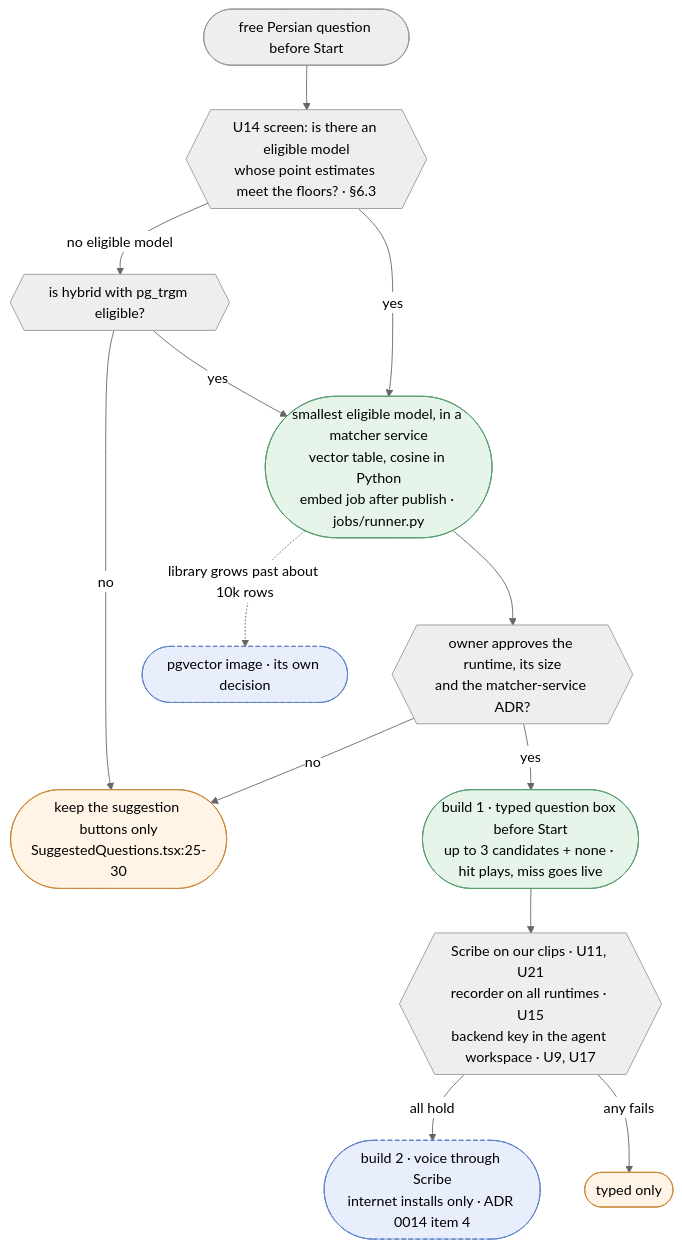
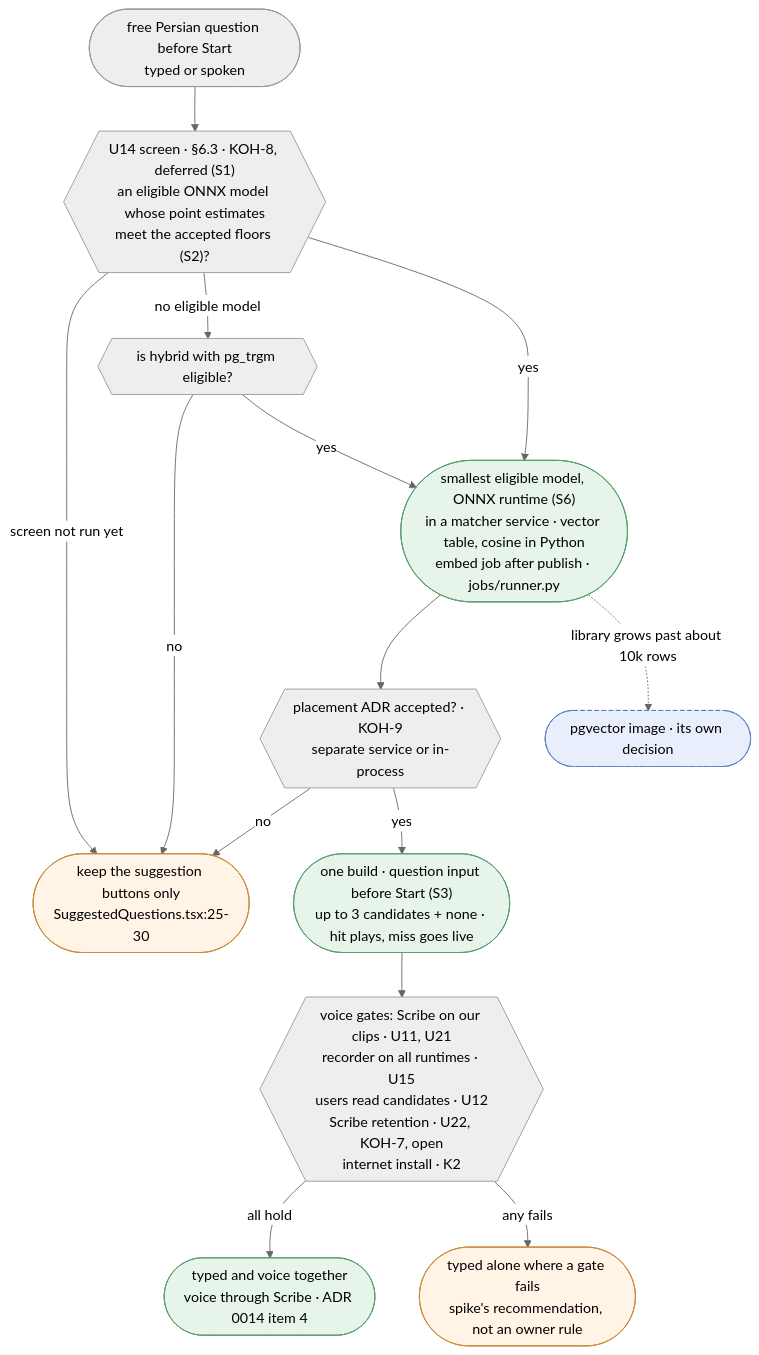
One commit to Kohandezh/kohandezh-live-avatar changed the diagram in docs/features/answer-matcher/RESEARCH.md. Above: the diagram before and after it, drawn with Mermaid (neutral theme). The commit also changed other lines of this file and 1 other file, not shown here.

First line of the commit message:
docs(answer-matcher): record the owner answers of 2026-11-05

````diff
--- a/docs/features/answer-matcher/RESEARCH.md
+++ b/docs/features/answer-matcher/RESEARCH.md
@@ -379,20 +417,21 @@
 ```mermaid
 flowchart TB
-    Q(["free Persian question before Start"])
-    Q --> X{{"U14 screen: is there an eligible model<br/>whose point estimates meet the floors? · §6.3"}}
+    Q(["free Persian question before Start<br/>typed or spoken"])
+    Q --> X{{"U14 screen · §6.3 · KOH-8, deferred (S1)<br/>an eligible ONNX model whose point estimates<br/>meet the accepted floors (S2)?"}}
+    X -->|"screen not run yet"| STAY(["keep the suggestion buttons only<br/>SuggestedQuestions.tsx:25-30"]):::forced
     X -->|"no eligible model"| HY{{"is hybrid with pg_trgm eligible?"}}
-    HY -->|"no"| STAY(["keep the suggestion buttons only<br/>SuggestedQuestions.tsx:25-30"]):::forced
+    HY -->|"no"| STAY
     HY -->|"yes"| PICK
-    X -->|"yes"| PICK(["smallest eligible model, in a matcher service<br/>vector table, cosine in Python<br/>embed job after publish · jobs/runner.py"]):::chosen
-    PICK --> OK{{"owner approves the runtime, its size<br/>and the matcher-service ADR?"}}
+    X -->|"yes"| PICK(["smallest eligible model, ONNX runtime (S6)<br/>in a matcher service · vector table, cosine in Python<br/>embed job after publish · jobs/runner.py"]):::chosen
+    PICK --> OK{{"placement ADR accepted? · KOH-9<br/>separate service or in-process"}}
     OK -->|"no"| STAY
-    OK -->|"yes"| TYPED(["build 1 · typed question box before Start<br/>up to 3 candidates + none · hit plays, miss goes live"]):::chosen
-    TYPED --> V{{"Scribe on our clips · U11, U21<br/>recorder on all runtimes · U15<br/>backend key in the agent workspace · U9, U17"}}
-    V -->|"all hold"| VOICE(["build 2 · voice through Scribe<br/>internet installs only · ADR 0014 item 4"]):::gated
-    V -->|"any fails"| TONLY(["typed only"]):::forced
+    OK -->|"yes"| ONE(["one build · question input before Start (S3)<br/>up to 3 candidates + none · hit plays, miss goes live"]):::chosen
+    ONE --> V{{"voice gates: Scribe on our clips · U11, U21<br/>recorder on all runtimes · U15<br/>users read candidates · U12<br/>Scribe retention · U22, KOH-7, open<br/>internet install · K2"}}
+    V -->|"all hold"| BOTH(["typed and voice together<br/>voice through Scribe · ADR 0014 item 4"]):::chosen
+    V -->|"any fails"| TONLY(["typed alone where a gate fails<br/>spike's recommendation, not an owner rule"]):::forced
     PICK -.->|"library grows past about 10k rows"| PGV(["pgvector image · its own decision"]):::gated
 
     classDef chosen fill:#e6f4ea,stroke:#5a9e6f,color:#000
     classDef forced fill:#fff4e5,stroke:#c98a3a,color:#000
     classDef gated  fill:#e8eefc,stroke:#5b7fc7,color:#000,stroke-dasharray:5 3
 ```
````
